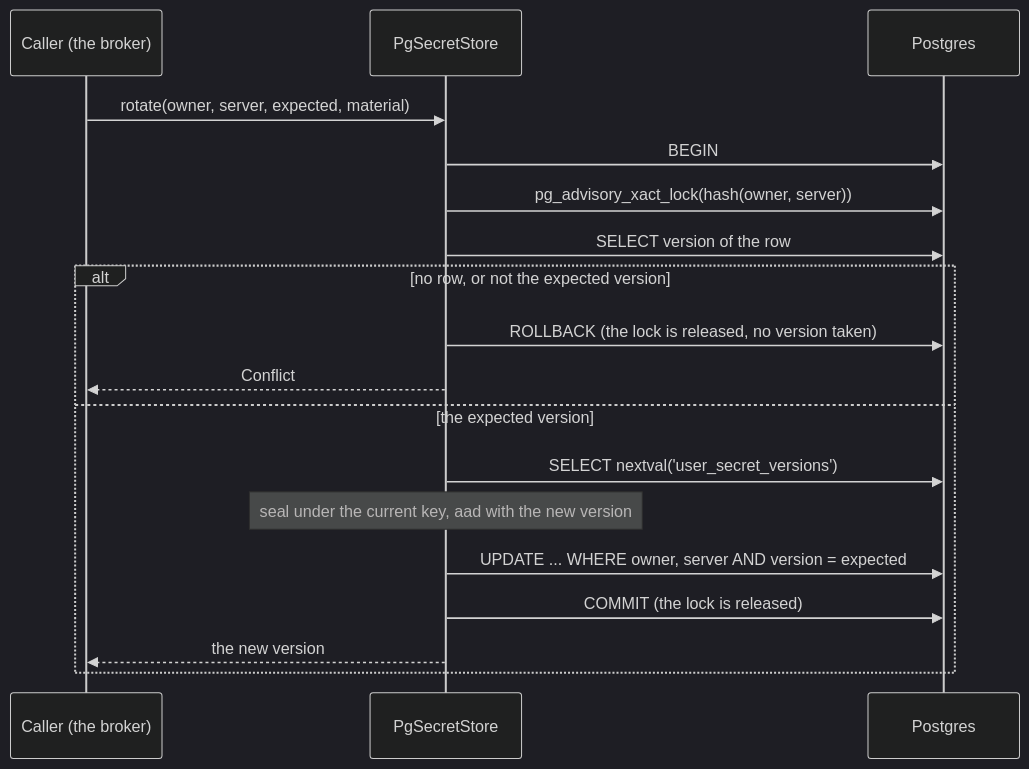
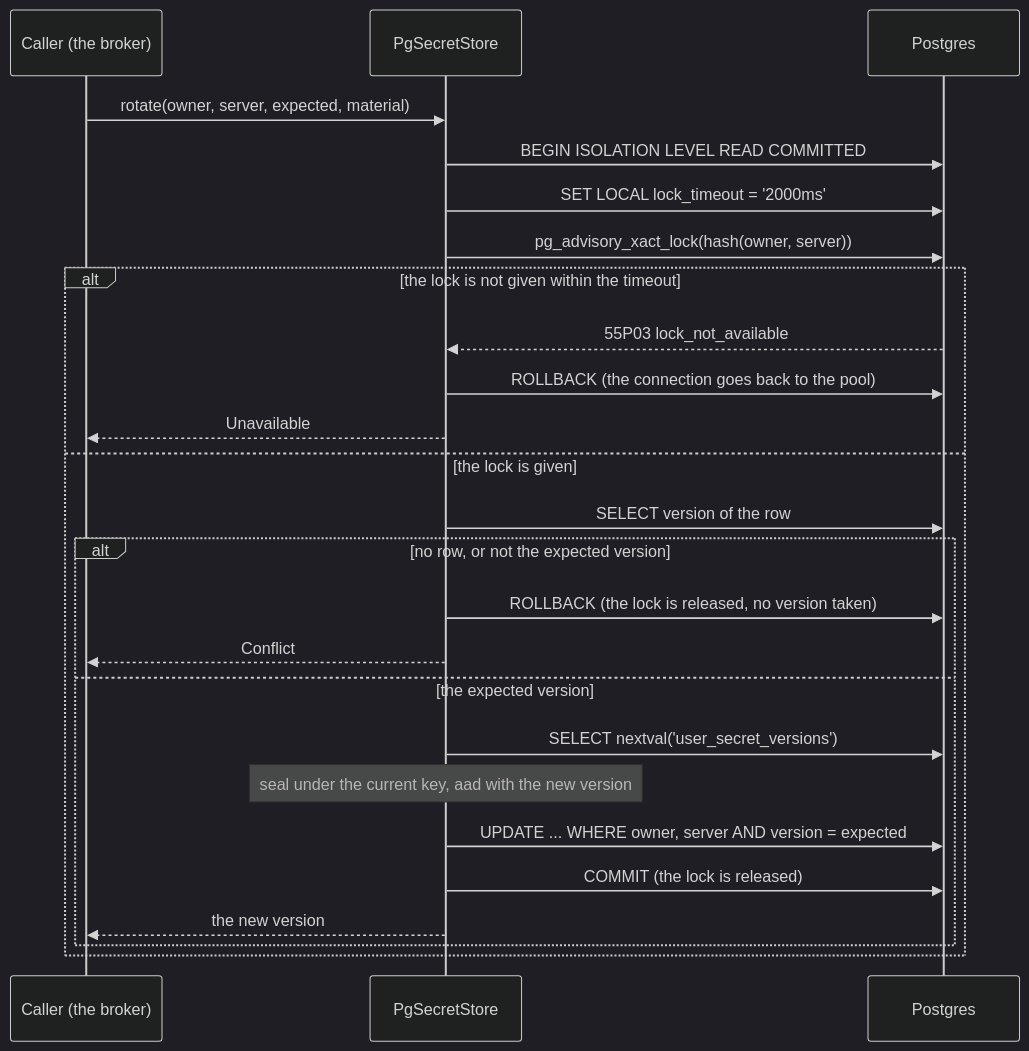
One commit to vymalo/another-agentic-system changed the first of 3 diagrams in orchestrator/crates/secrets-pg/README.md. Above: the diagram before and after it, drawn with Mermaid (dark theme). The commit also changed other lines of this file and 4 other files, not shown here.

First line of the commit message:
docs(secrets-pg): the bounded lock, READ COMMITTED, rewrap opening every row, the zero key

````diff
--- a/orchestrator/crates/secrets-pg/README.md
+++ b/orchestrator/crates/secrets-pg/README.md
@@ -95,20 +96,27 @@
 ```mermaid
 sequenceDiagram
   participant C as Caller (the broker)
   participant S as PgSecretStore
   participant D as Postgres
   C->>S: rotate(owner, server, expected, material)
-  S->>D: BEGIN
+  S->>D: BEGIN ISOLATION LEVEL READ COMMITTED
+  S->>D: SET LOCAL lock_timeout = '2000ms'
   S->>D: pg_advisory_xact_lock(hash(owner, server))
-  S->>D: SELECT version of the row
-  alt no row, or not the expected version
-    S->>D: ROLLBACK (the lock is released, no version taken)
-    S-->>C: Conflict
-  else the expected version
-    S->>D: SELECT nextval('user_secret_versions')
-    Note over S: seal under the current key, aad with the new version
-    S->>D: UPDATE ... WHERE owner, server AND version = expected
-    S->>D: COMMIT (the lock is released)
-    S-->>C: the new version
+  alt the lock is not given within the timeout
+    D-->>S: 55P03 lock_not_available
+    S->>D: ROLLBACK (the connection goes back to the pool)
+    S-->>C: Unavailable
+  else the lock is given
+    S->>D: SELECT version of the row
+    alt no row, or not the expected version
+      S->>D: ROLLBACK (the lock is released, no version taken)
+      S-->>C: Conflict
+    else the expected version
+      S->>D: SELECT nextval('user_secret_versions')
+      Note over S: seal under the current key, aad with the new version
+      S->>D: UPDATE ... WHERE owner, server AND version = expected
+      S->>D: COMMIT (the lock is released)
+      S-->>C: the new version
+    end
   end
 ```
````
